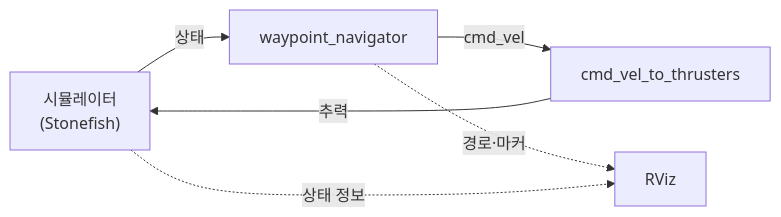
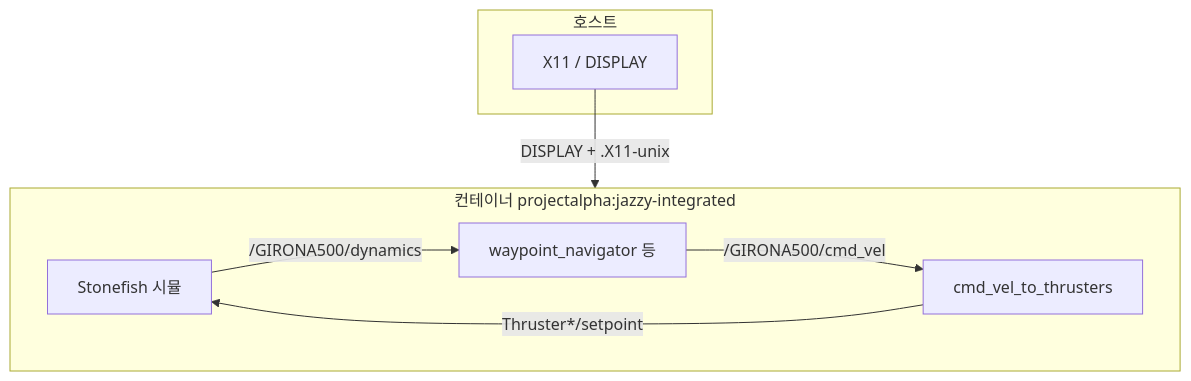
One commit to RainingCodes/projectAlpha changed the first of 2 diagrams in docker/README.md. Above: the diagram before and after it, drawn with Mermaid. The commit also changed other lines of this file and 8 other files, not shown here.

````diff
--- a/docker/README.md
+++ b/docker/README.md
@@ -9,13 +61,15 @@
 ```mermaid
-flowchart LR
-  SIM["시뮬레이터<br/>(Stonefish)"]
-  NAV["waypoint_navigator"]
-  THR["cmd_vel_to_thrusters"]
-  RV["RViz"]
-
-  SIM -->|상태| NAV
-  NAV -->|cmd_vel| THR
-  THR -->|추력| SIM
-  NAV -.->|경로·마커| RV
-  SIM -.->|상태 정보| RV
+flowchart TB
+  subgraph Host["호스트"]
+    X11["X11 / DISPLAY"]
+  end
+  subgraph C["컨테이너 projectalpha:jazzy-integrated"]
+    SF["Stonefish 시뮬"]
+    NAV["waypoint_navigator 등"]
+    CV["cmd_vel_to_thrusters"]
+  end
+  X11 -->|DISPLAY + .X11-unix| C
+  SF -->|/GIRONA500/dynamics| NAV
+  NAV -->|/GIRONA500/cmd_vel| CV
+  CV -->|Thruster*/setpoint| SF
 ```
````
